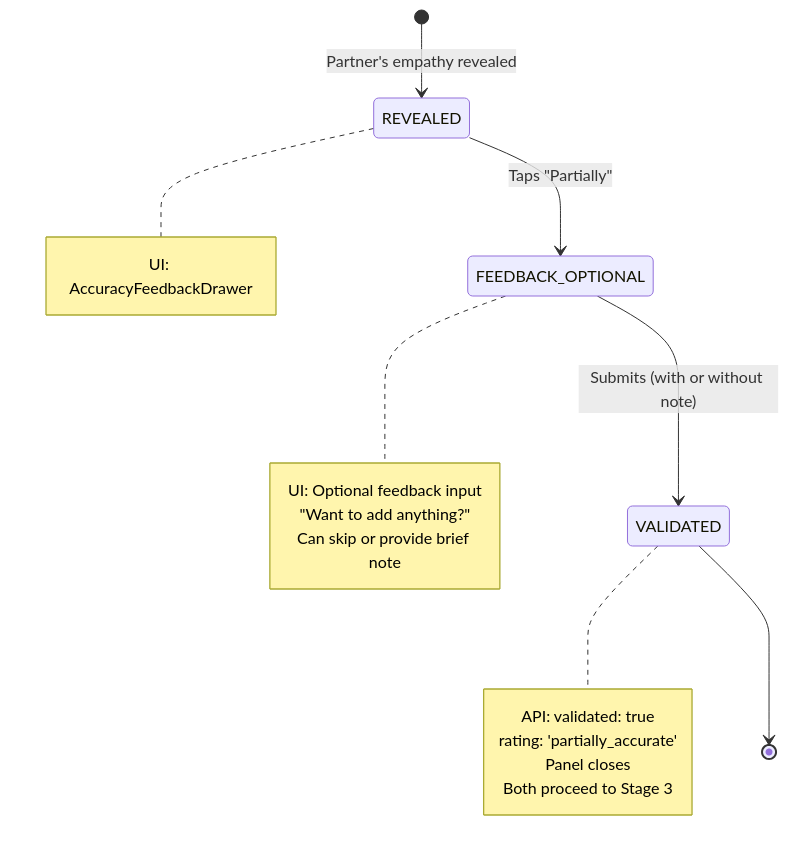
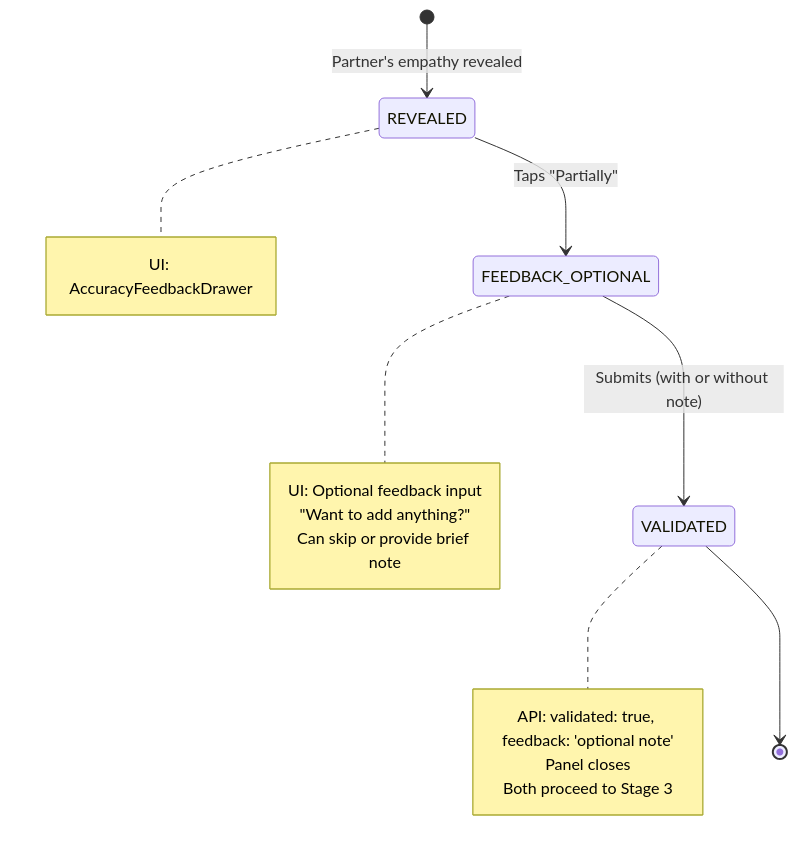
Before and after one commit to shantamg/meet-without-fear: the tenth of 14 diagrams in docs/diagrams/reconciler-paths.md, drawn with Mermaid. The commit also changed other lines of this file and 15 other files, not shown here.

````diff
--- a/docs/diagrams/reconciler-paths.md
+++ b/docs/diagrams/reconciler-paths.md
@@ -420,19 +445,19 @@
 ```mermaid
 stateDiagram-v2
     [*] --> REVEALED: Partner's empathy revealed
     note right of REVEALED
         UI: AccuracyFeedbackDrawer
     end note
 
     REVEALED --> FEEDBACK_OPTIONAL: Taps "Partially"
     note right of FEEDBACK_OPTIONAL
         UI: Optional feedback input<br/>"Want to add anything?"<br/>Can skip or provide brief note
     end note
 
     FEEDBACK_OPTIONAL --> VALIDATED: Submits (with or without note)
     note right of VALIDATED
-        API: validated: true<br/>rating: 'partially_accurate'<br/>Panel closes<br/>Both proceed to Stage 3
+        API: validated: true, feedback: 'optional note'<br/>Panel closes<br/>Both proceed to Stage 3
     end note
 
     VALIDATED --> [*]
 ```
````
